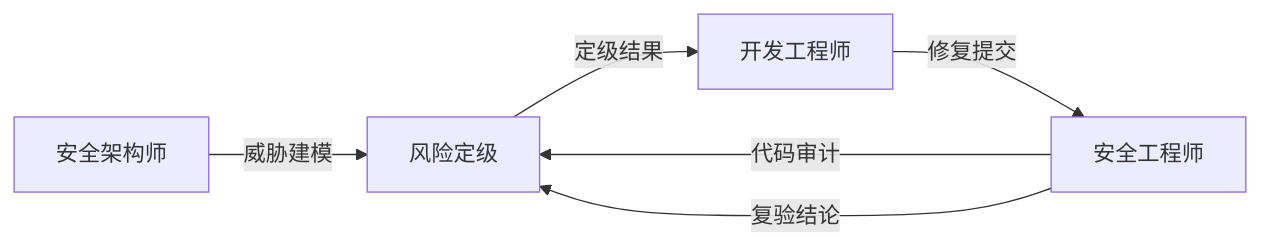
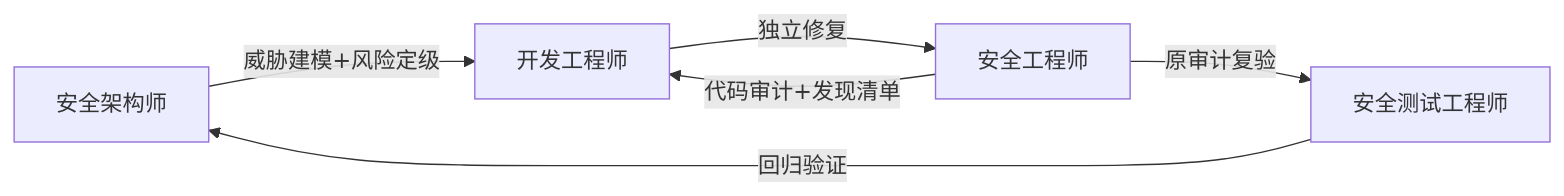
The fourth of 6 diagrams in README.md (icylight/pi-tavern), drawn with Mermaid before and after one commit. The commit also changed other lines of this file and 1 other file, not shown here.

Commit message:
docs(readme): 三图对齐 Dev 草案——安全审查加安全测试工程师回归验证回流、开源维护发布回流分诊、技术调研加立项节点（中英一致）

````diff
--- a/README.md
+++ b/README.md
@@ -91,8 +91,8 @@
 ```mermaid
 flowchart LR
-    SA["安全架构师"] -->|"威胁建模"| RT["风险定级"]
-    SE["安全工程师"] -->|"代码审计"| RT
-    RT -->|"定级结果"| DE["开发工程师"]
-    DE -->|"修复提交"| SE
-    SE -->|"复验结论"| RT
+    SA["安全架构师"] -->|"威胁建模+风险定级"| DV["开发工程师"]
+    SE["安全工程师"] -->|"代码审计+发现清单"| DV
+    DV -->|"独立修复"| SE
+    SE -->|"原审计复验"| ST["安全测试工程师"]
+    ST -->|"回归验证"| SA
 ```
````
